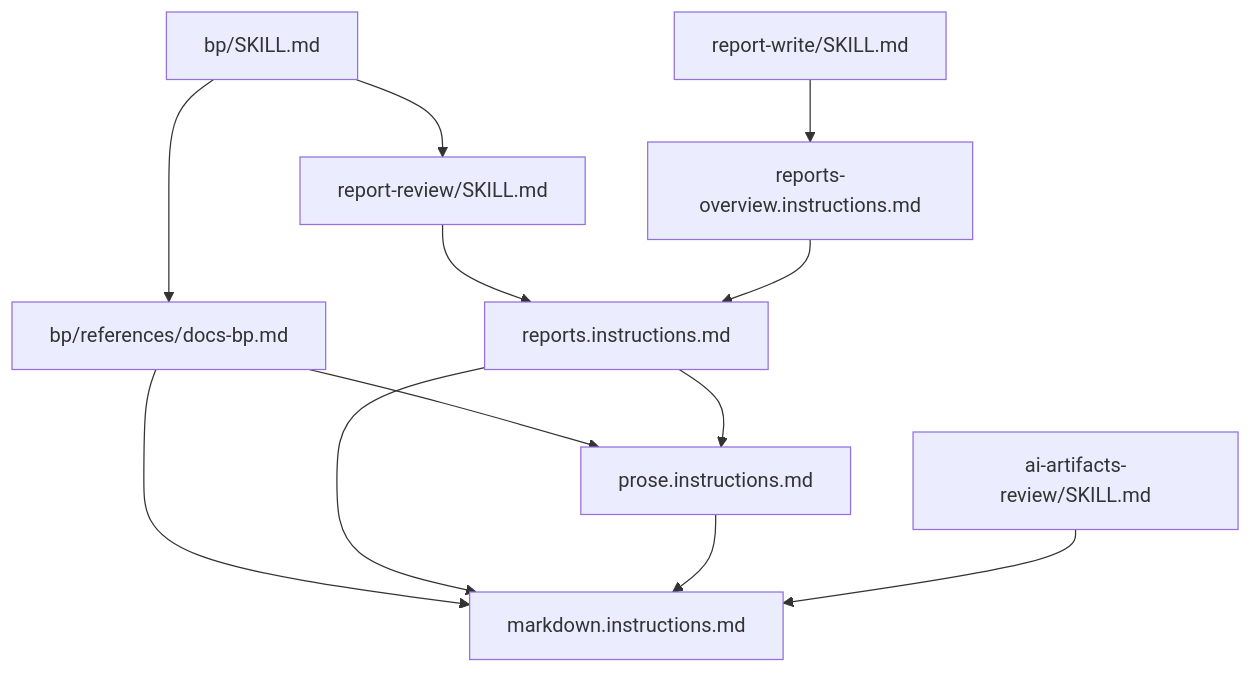
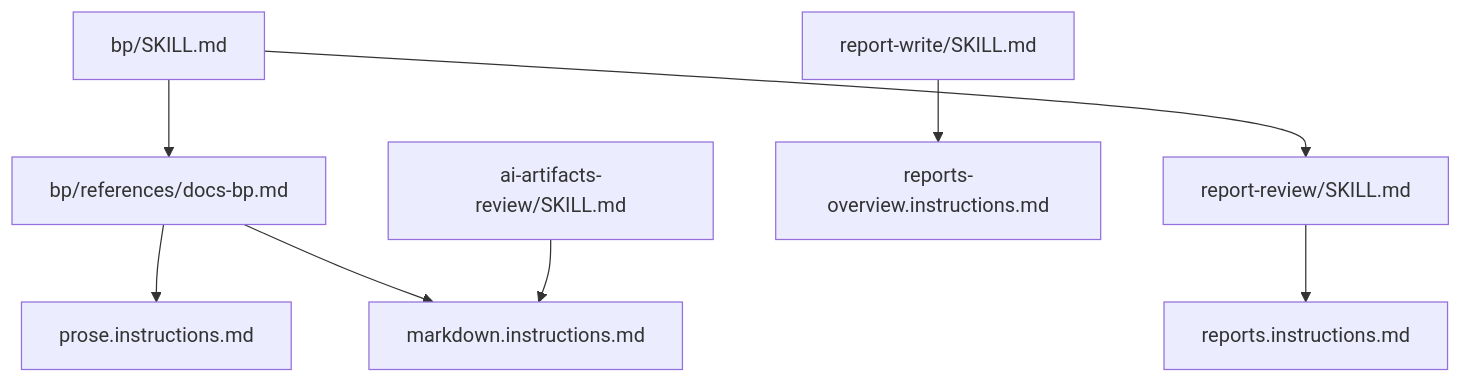
Before and after one commit to SavenkovIgor/railing: the diagram in README.md, drawn with Mermaid. The commit also changed 4 other files, not shown here.

````diff
--- a/README.md
+++ b/README.md
@@ -40,24 +40,20 @@
 ```mermaid
 flowchart TD
     BP["bp/SKILL.md"]
     RR["report-review/SKILL.md"]
     RW["report-write/SKILL.md"]
     DOCS["bp/references/docs-bp.md"]
     REP["reports.instructions.md"]
     RO["reports-overview.instructions.md"]
     PR["prose.instructions.md"]
     AAR["ai-artifacts-review/SKILL.md"]
     MD["markdown.instructions.md"]
 
     BP --> DOCS
     BP --> RR
     RR --> REP
     RW --> RO
-    RO --> REP
     DOCS --> PR
     DOCS --> MD
-    REP --> PR
-    REP --> MD
-    PR --> MD
     AAR --> MD
 ```
````
